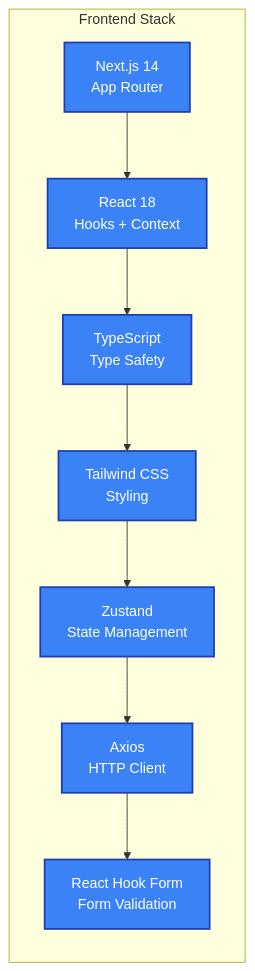
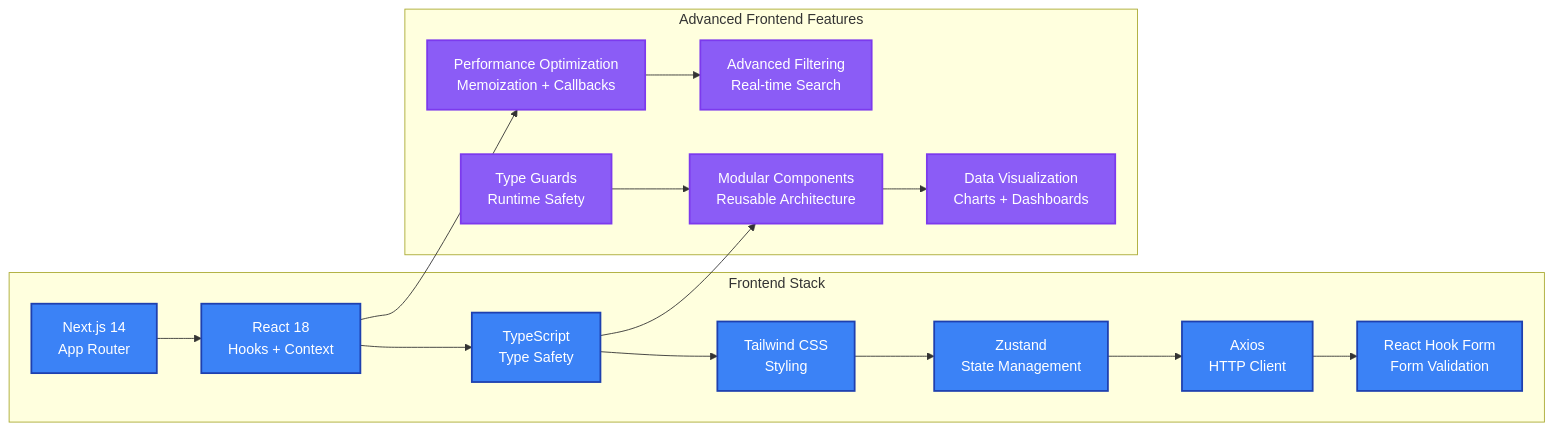
One commit to tonycai/PromptCraft changed the second of 5 diagrams in README.md. Above: the diagram before and after it, drawn with Mermaid. The commit also changed other lines of this file and 65 other files, not shown here.

````diff
--- a/README.md
+++ b/README.md
@@ -184,22 +187,38 @@
 ```mermaid
 graph LR
     subgraph "Frontend Stack"
         NextJS[Next.js 14<br/>App Router]
         React[React 18<br/>Hooks + Context]
         TS[TypeScript<br/>Type Safety]
         Tailwind[Tailwind CSS<br/>Styling]
         Zustand[Zustand<br/>State Management]
         Axios[Axios<br/>HTTP Client]
         RHF[React Hook Form<br/>Form Validation]
     end
 
+    subgraph "Advanced Frontend Features"
+        Components[Modular Components<br/>Reusable Architecture]
+        Performance[Performance Optimization<br/>Memoization + Callbacks]
+        Analytics[Data Visualization<br/>Charts + Dashboards]
+        Filtering[Advanced Filtering<br/>Real-time Search]
+        TypeGuards[Type Guards<br/>Runtime Safety]
+    end
+
     NextJS --> React
     React --> TS
     TS --> Tailwind
     Tailwind --> Zustand
     Zustand --> Axios
     Axios --> RHF
+    
+    TS --> Components
+    React --> Performance
+    Components --> Analytics
+    Performance --> Filtering
+    TypeGuards --> Components
 
     classDef tech fill:#3b82f6,stroke:#1e40af,stroke-width:2px,color:#fff
+    classDef advanced fill:#8b5cf6,stroke:#7c3aed,stroke-width:2px,color:#fff
     class NextJS,React,TS,Tailwind,Zustand,Axios,RHF tech
+    class Components,Performance,Analytics,Filtering,TypeGuards advanced
 ```
````
